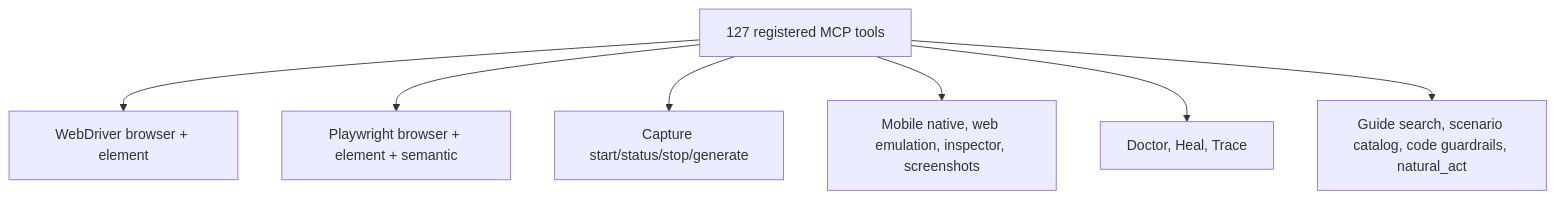
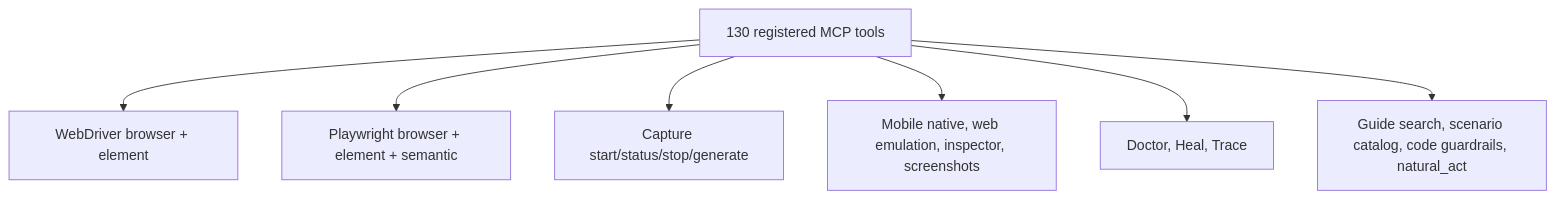
The fourth of 4 diagrams in modular-era-feature-catalog.md (ShaftHQ/SHAFT_ENGINE), drawn with Mermaid before and after one commit. The commit also changed other lines of this file and 36 other files, not shown here.

````diff
--- a/modular-era-feature-catalog.md
+++ b/modular-era-feature-catalog.md
@@ -625,9 +644,9 @@
 ```mermaid
 flowchart TB
-    A[127 registered MCP tools] --> B[WebDriver browser + element]
+    A[130 registered MCP tools] --> B[WebDriver browser + element]
     A --> C[Playwright browser + element + semantic]
     A --> D[Capture start/status/stop/generate]
     A --> E[Mobile native, web emulation, inspector, screenshots]
     A --> F[Doctor, Heal, Trace]
     A --> G[Guide search, scenario catalog, code guardrails, natural_act]
 ```
````
